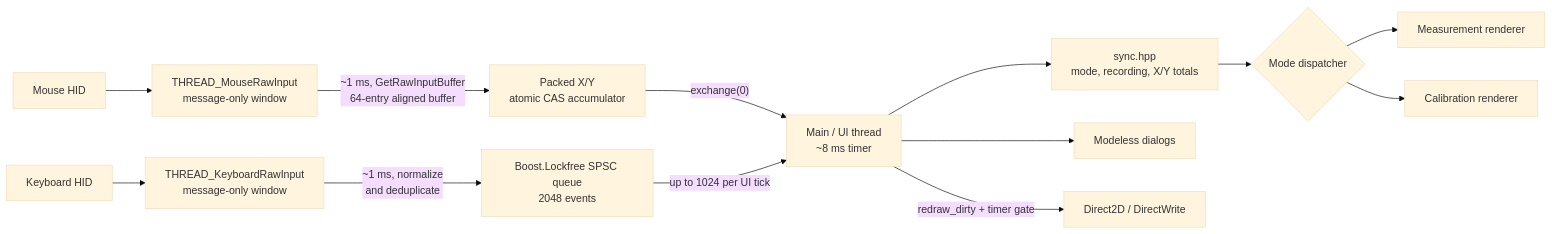
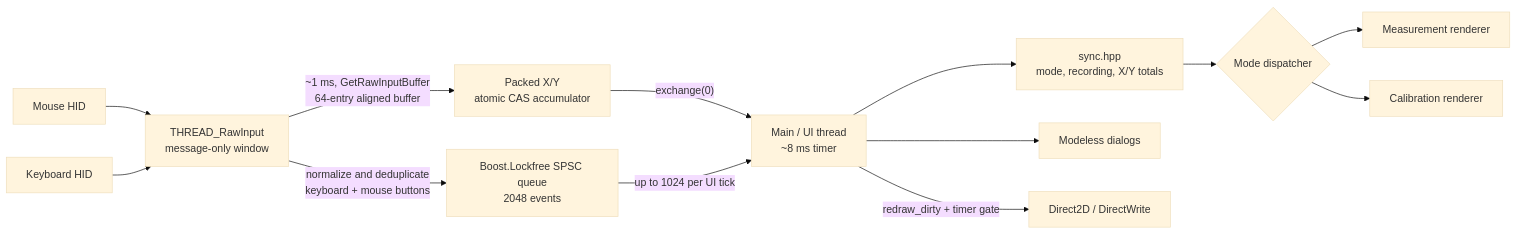
Before and after one commit to wozuobuchu/WinMouseSensConverter: the first of 2 diagrams in README.md, drawn with Mermaid (base theme). The commit also changed other lines of this file and 6 other files, not shown here.

Commit message:
perf: merge raw input thread

````diff
--- a/README.md
+++ b/README.md
@@ -320,17 +320,16 @@
 ```mermaid
 flowchart LR
-    Mouse["Mouse HID"] --> MouseThread["THREAD_MouseRawInput<br/>message-only window"]
-    MouseThread -->|"~1 ms, GetRawInputBuffer<br/>64-entry aligned buffer"| Atomic["Packed X/Y<br/>atomic CAS accumulator"]
+    Mouse["Mouse HID"] --> InputThread["THREAD_RawInput<br/>message-only window"]
+    Keyboard["Keyboard HID"] --> InputThread
+    InputThread -->|"~1 ms, GetRawInputBuffer<br/>64-entry aligned buffer"| Atomic["Packed X/Y<br/>atomic CAS accumulator"]
     Atomic -->|"exchange(0)"| Main["Main / UI thread<br/>~8 ms timer"]
-
-    Keyboard["Keyboard HID"] --> KeyboardThread["THREAD_KeyboardRawInput<br/>message-only window"]
-    KeyboardThread -->|"~1 ms, normalize<br/>and deduplicate"| Queue["Boost.Lockfree SPSC queue<br/>2048 events"]
+    InputThread -->|"normalize and deduplicate<br/>keyboard + mouse buttons"| Queue["Boost.Lockfree SPSC queue<br/>2048 events"]
     Queue -->|"up to 1024 per UI tick"| Main
 
     Main --> Shared["sync.hpp<br/>mode, recording, X/Y totals"]
     Shared --> Dispatcher{"Mode dispatcher"}
     Dispatcher --> Measurement["Measurement renderer"]
     Dispatcher --> Calibration["Calibration renderer"]
     Main --> Dialogs["Modeless dialogs"]
     Main -->|"redraw_dirty + timer gate"| D2D["Direct2D / DirectWrite"]
 ```
````
